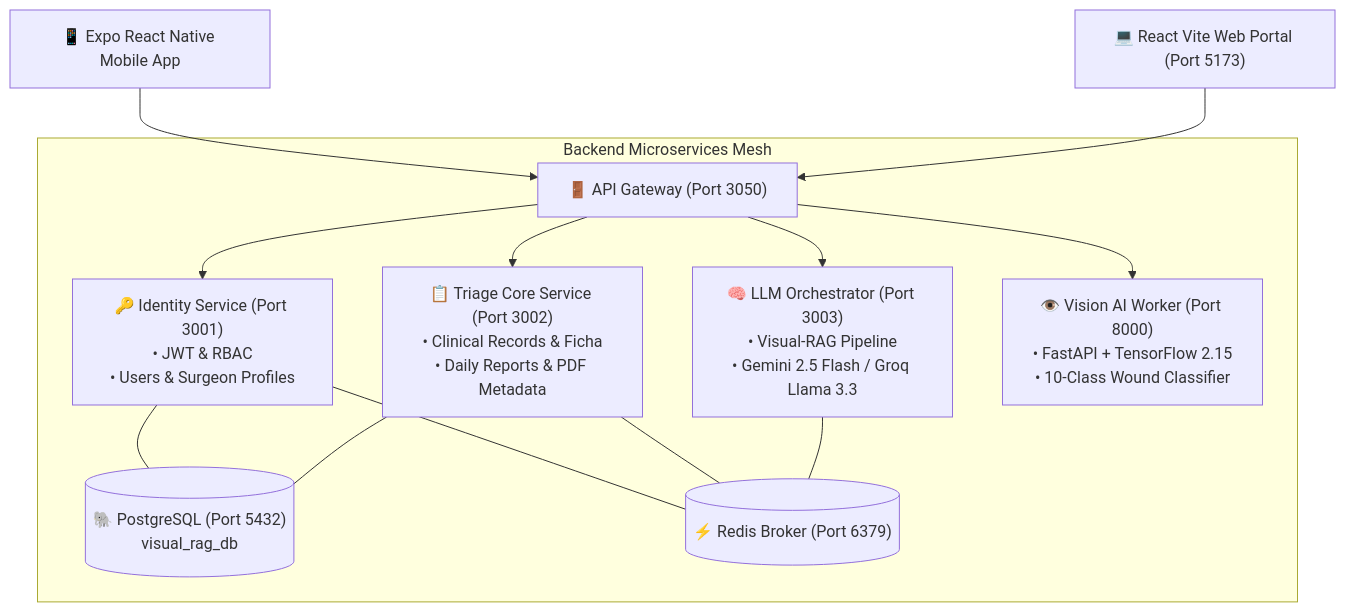
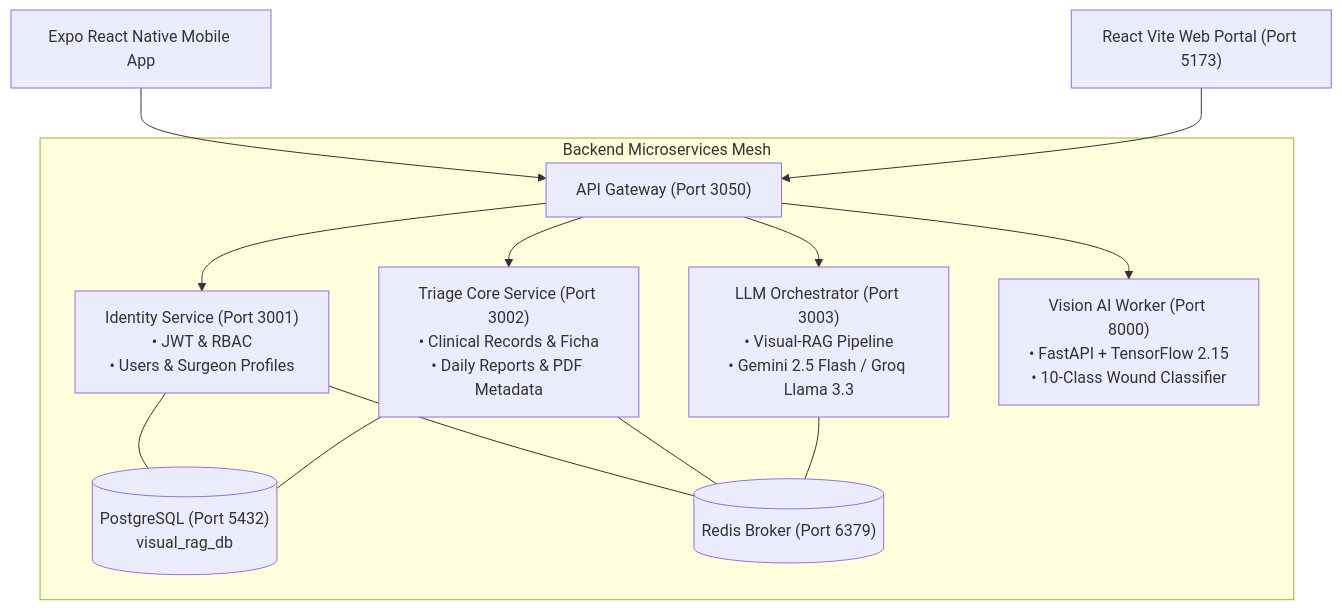
One commit to Jccasav14/Visual-RAG-Triage-Engine changed the diagram in README.md. Above: the diagram before and after it, drawn with Mermaid. The commit also changed other lines of this file and 7 other files, not shown here.

````diff
--- a/README.md
+++ b/README.md
@@ -37,18 +37,18 @@
 ```mermaid
 graph TD
-    ClientMobile["📱 Expo React Native Mobile App"] --> Gateway["🚪 API Gateway (Port 3050)"]
-    ClientWeb["💻 React Vite Web Portal (Port 5173)"] --> Gateway
+    ClientMobile["Expo React Native Mobile App"] --> Gateway["API Gateway (Port 3050)"]
+    ClientWeb["React Vite Web Portal (Port 5173)"] --> Gateway
     
     subgraph "Backend Microservices Mesh"
-        Gateway --> Identity["🔑 Identity Service (Port 3001)\n• JWT & RBAC\n• Users & Surgeon Profiles"]
-        Gateway --> Triage["📋 Triage Core Service (Port 3002)\n• Clinical Records & Ficha\n• Daily Reports & PDF Metadata"]
-        Gateway --> Orchestrator["🧠 LLM Orchestrator (Port 3003)\n• Visual-RAG Pipeline\n• Gemini 2.5 Flash / Groq Llama 3.3"]
-        Gateway --> VisionAI["👁️ Vision AI Worker (Port 8000)\n• FastAPI + TensorFlow 2.15\n• 10-Class Wound Classifier"]
+        Gateway --> Identity["Identity Service (Port 3001)\n• JWT & RBAC\n• Users & Surgeon Profiles"]
+        Gateway --> Triage["Triage Core Service (Port 3002)\n• Clinical Records & Ficha\n• Daily Reports & PDF Metadata"]
+        Gateway --> Orchestrator["LLM Orchestrator (Port 3003)\n• Visual-RAG Pipeline\n• Gemini 2.5 Flash / Groq Llama 3.3"]
+        Gateway --> VisionAI["Vision AI Worker (Port 8000)\n• FastAPI + TensorFlow 2.15\n• 10-Class Wound Classifier"]
         
-        Identity --- DB[("🐘 PostgreSQL (Port 5432)\nvisual_rag_db")]
+        Identity --- DB[("PostgreSQL (Port 5432)\nvisual_rag_db")]
         Triage --- DB
-        Identity --- Broker[("⚡ Redis Broker (Port 6379)")]
+        Identity --- Broker[("Redis Broker (Port 6379)")]
         Triage --- Broker
         Orchestrator --- Broker
     end
 ```
````
